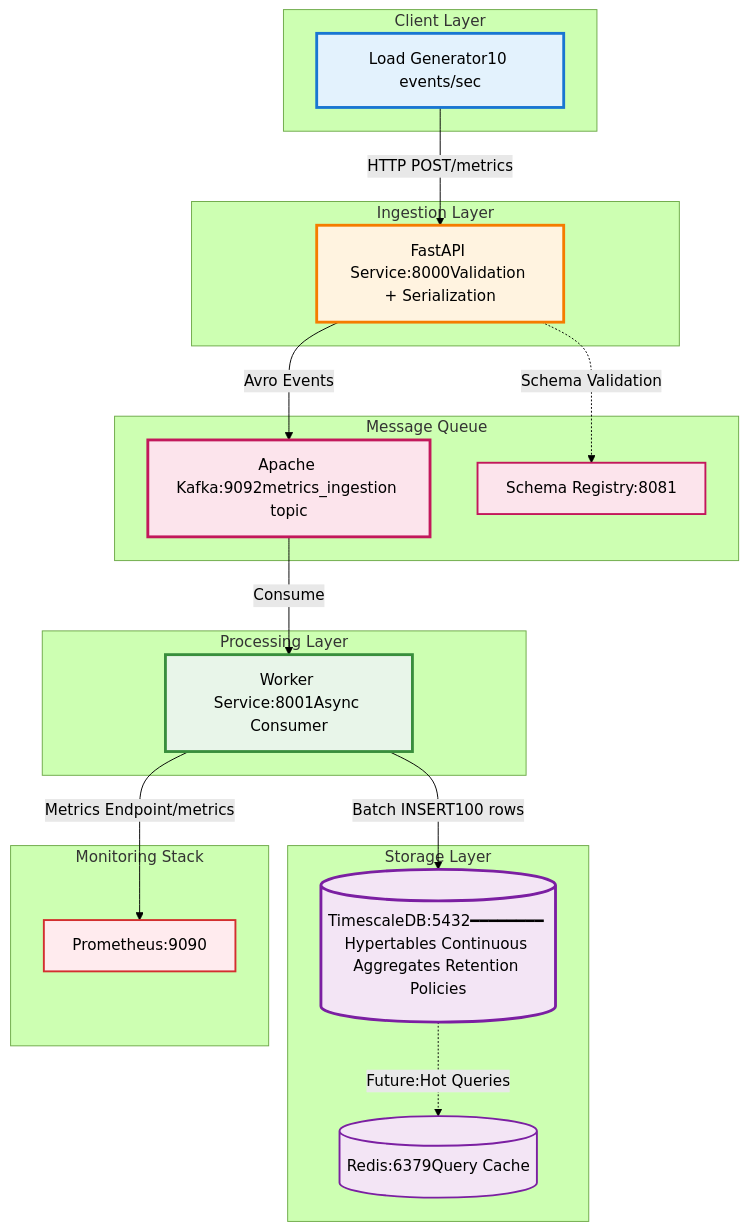
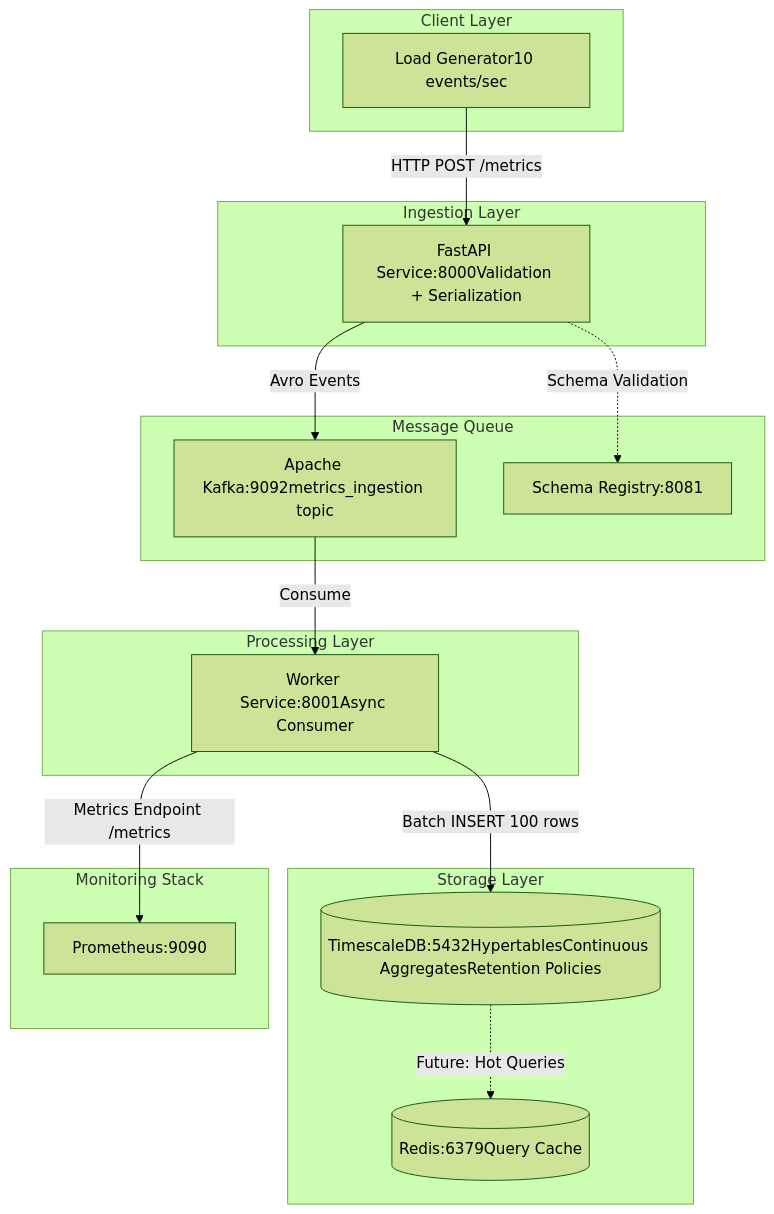
The diagram in README.md (RonanRibouletPython/Realtime-Analytics-Platform-V2), drawn with Mermaid (forest theme) before and after one commit.

Commit message:
Remove architecture mermaid schema colors

````diff
--- a/README.md
+++ b/README.md
@@ -10,45 +10,36 @@
 ```mermaid
 graph TB
     subgraph clients["Client Layer"]
         LG[Load Generator10 events/sec]
     end
     
     subgraph ingestion["Ingestion Layer"]
         API[FastAPI Service:8000Validation + Serialization]
     end
     
     subgraph messaging["Message Queue"]
         KAFKA[Apache Kafka:9092metrics_ingestion topic]
         SR[Schema Registry:8081]
     end
     
     subgraph processing["Processing Layer"]
         WORKER[Worker Service:8001Async Consumer]
     end
     
     subgraph storage["Storage Layer"]
-        TS[(TimescaleDB:5432━━━━━━━━ Hypertables Continuous Aggregates Retention Policies)]
+        TS[(TimescaleDB:5432HypertablesContinuous AggregatesRetention Policies)]
         REDIS[(Redis:6379Query Cache)]
     end
     
     subgraph monitoring["Monitoring Stack"]
         PROM[Prometheus:9090]
     end
 
-    LG -->|HTTP POST/metrics| API
+    LG -->|HTTP POST /metrics| API
     API -->|Avro Events| KAFKA
     API -.->|Schema Validation| SR
     KAFKA -->|Consume| WORKER
-    WORKER -->|Batch INSERT100 rows| TS
-    WORKER -->|Metrics Endpoint/metrics| PROM
-    TS -.->|Future:Hot Queries| REDIS
-
-    style LG fill:#e3f2fd,stroke:#1976d2,stroke-width:3px
-    style API fill:#fff3e0,stroke:#f57c00,stroke-width:3px
-    style KAFKA fill:#fce4ec,stroke:#c2185b,stroke-width:3px
-    style SR fill:#fce4ec,stroke:#c2185b,stroke-width:2px
-    style WORKER fill:#e8f5e9,stroke:#388e3c,stroke-width:3px
-    style TS fill:#f3e5f5,stroke:#7b1fa2,stroke-width:3px
-    style REDIS fill:#f3e5f5,stroke:#7b1fa2,stroke-width:2px
-    style PROM fill:#ffebee,stroke:#d32f2f,stroke-width:2px
+    WORKER -->|Batch INSERT 100 rows| TS
+    WORKER -->|Metrics Endpoint /metrics| PROM
+    TS -.->|Future: Hot Queries| REDIS
 ```
````
